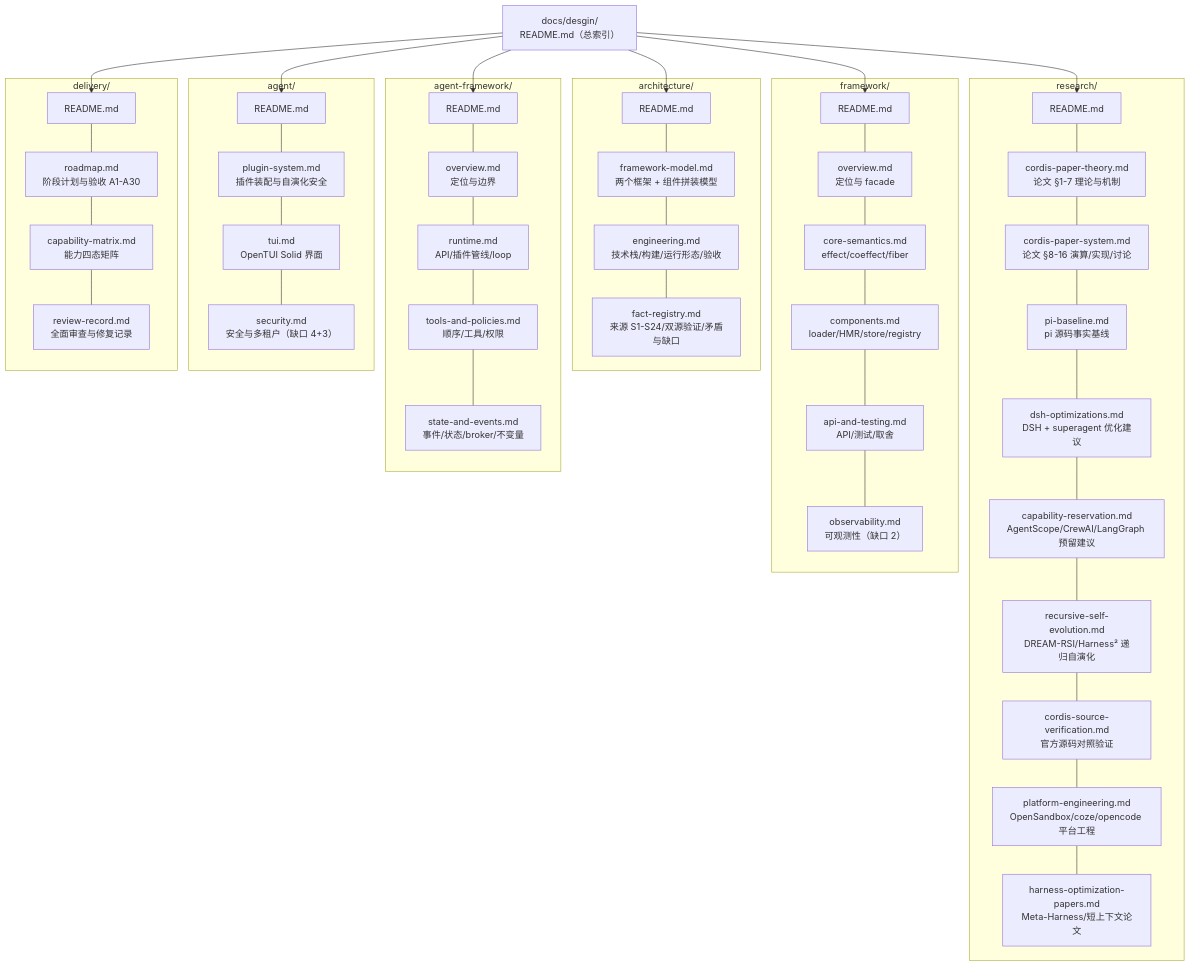
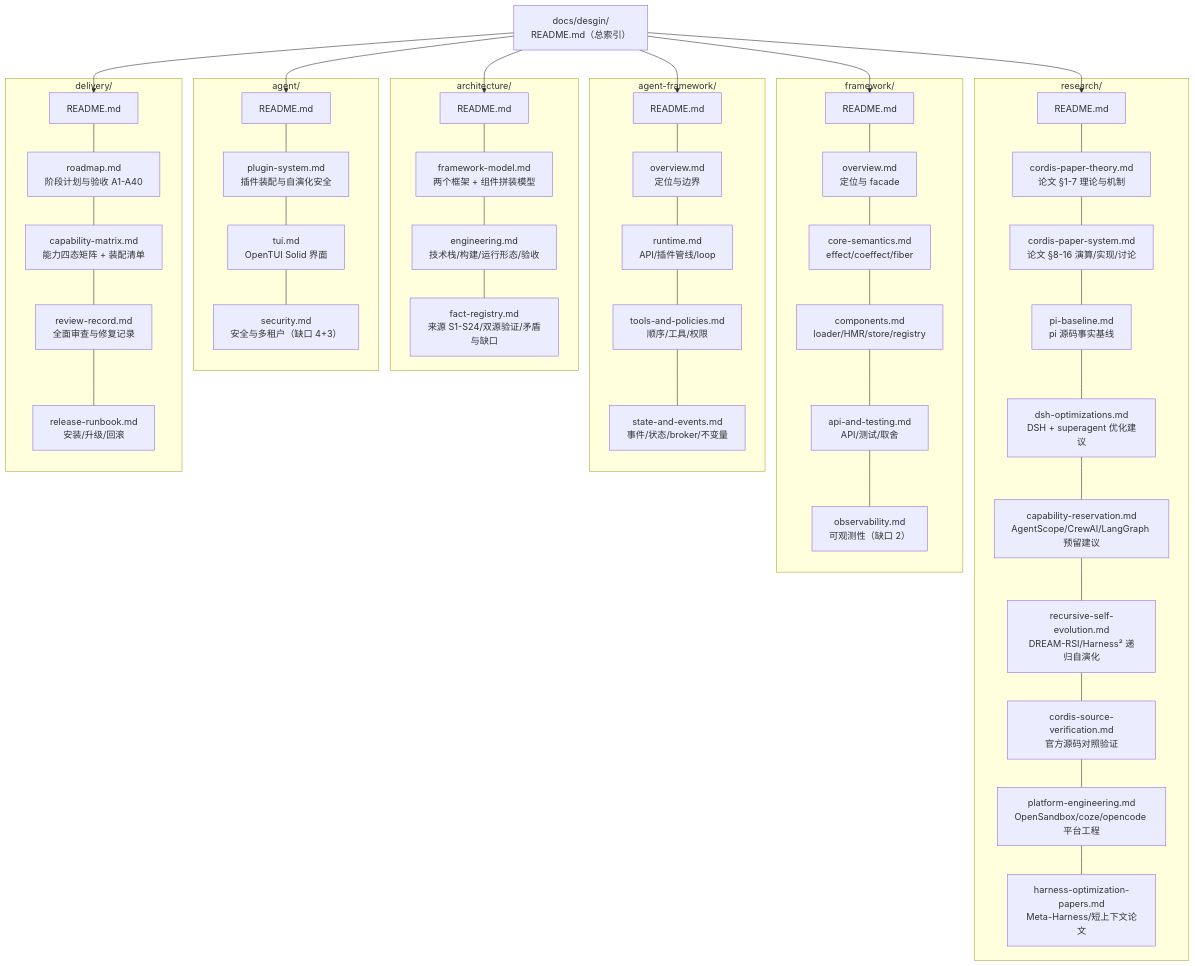
One commit to jesspig/zeta-agent changed the first of 2 diagrams in docs/desgin/README.md. Above: the diagram before and after it, drawn with Mermaid. The commit also changed other lines of this file and 86 other files, not shown here.

````diff
--- a/docs/desgin/README.md
+++ b/docs/desgin/README.md
@@ -19,44 +19,45 @@
 ```mermaid
 flowchart TB
     ROOT["docs/desgin/<br/>README.md（总索引）"]
     subgraph R["research/"]
         R0["README.md"] --- R1["cordis-paper-theory.md<br/>论文 §1-7 理论与机制"]
         R1 --- R2["cordis-paper-system.md<br/>论文 §8-16 演算/实现/讨论"]
         R2 --- R3["pi-baseline.md<br/>pi 源码事实基线"]
         R3 --- R4["dsh-optimizations.md<br/>DSH + superagent 优化建议"]
         R4 --- R5["capability-reservation.md<br/>AgentScope/CrewAI/LangGraph 预留建议"]
         R5 --- R6["recursive-self-evolution.md<br/>DREAM-RSI/Harness² 递归自演化"]
         R6 --- R7["cordis-source-verification.md<br/>官方源码对照验证"]
         R7 --- R8["platform-engineering.md<br/>OpenSandbox/coze/opencode 平台工程"]
         R8 --- R9["harness-optimization-papers.md<br/>Meta-Harness/短上下文论文"]
     end
     subgraph A["architecture/"]
         A0["README.md"] --- A1["framework-model.md<br/>两个框架 + 组件拼装模型"]
         A1 --- A2["engineering.md<br/>技术栈/构建/运行形态/验收"]
         A2 --- A3["fact-registry.md<br/>来源 S1-S24/双源验证/矛盾与缺口"]
     end
     subgraph F["framework/"]
         F0["README.md"] --- F1["overview.md<br/>定位与 facade"]
         F1 --- F2["core-semantics.md<br/>effect/coeffect/fiber"]
         F2 --- F3["components.md<br/>loader/HMR/store/registry"]
         F3 --- F4["api-and-testing.md<br/>API/测试/取舍"]
         F4 --- F5["observability.md<br/>可观测性（缺口 2）"]
     end
     subgraph AF["agent-framework/"]
         AF0["README.md"] --- AF1["overview.md<br/>定位与边界"]
         AF1 --- AF2["runtime.md<br/>API/插件管线/loop"]
         AF2 --- AF3["tools-and-policies.md<br/>顺序/工具/权限"]
         AF3 --- AF4["state-and-events.md<br/>事件/状态/broker/不变量"]
     end
     subgraph AG["agent/"]
         AG0["README.md"] --- AG1["plugin-system.md<br/>插件装配与自演化安全"]
         AG1 --- AG2["tui.md<br/>OpenTUI Solid 界面"]
         AG2 --- AG3["security.md<br/>安全与多租户（缺口 4+3）"]
     end
     subgraph D["delivery/"]
-        D0["README.md"] --- D1["roadmap.md<br/>阶段计划与验收 A1-A30"]
-        D1 --- D2["capability-matrix.md<br/>能力四态矩阵"]
+        D0["README.md"] --- D1["roadmap.md<br/>阶段计划与验收 A1-A40"]
+        D1 --- D2["capability-matrix.md<br/>能力四态矩阵 + 装配清单"]
         D2 --- D3["review-record.md<br/>全面审查与修复记录"]
+        D3 --- D4["release-runbook.md<br/>安装/升级/回滚"]
     end
     ROOT --> R0 & A0 & F0 & AF0 & AG0 & D0
 ```
````
